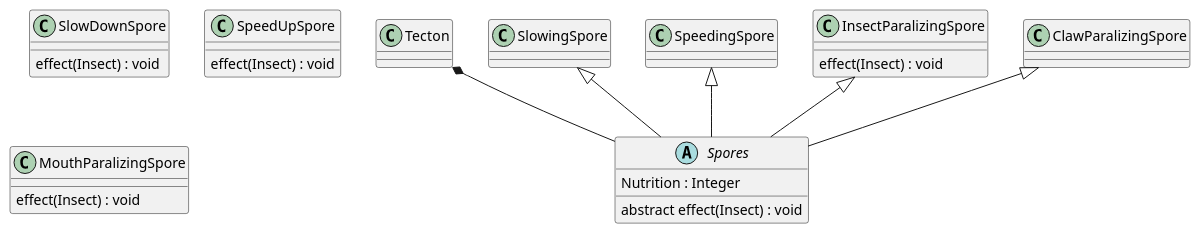
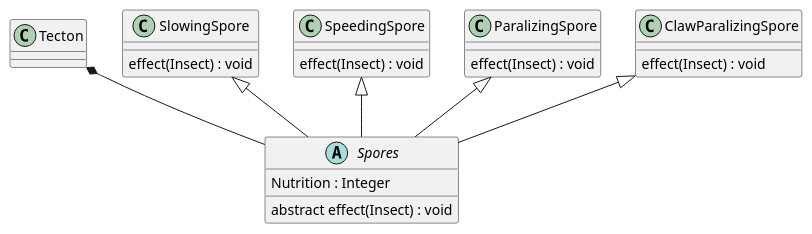
The diagram in 3/classes/spore.puml (Petya-G/fungorium), drawn with PlantUML before and after one commit. The commit also changed 1 other file, not shown here.

```diff
--- a/3/classes/spore.puml
+++ b/3/classes/spore.puml
@@ -1,33 +1,33 @@
 @startuml spore
 
 Tecton *-- Spores
 
 abstract class Spores{
     Nutrition : Integer
     abstract effect(Insect) : void
 }
 
 SlowingSpore <|--Spores
-class SlowDownSpore{
+class SlowingSpore{
     effect(Insect) : void
 
 }
 
 SpeedingSpore <|--Spores
-class SpeedUpSpore{
+class SpeedingSpore{
     effect(Insect) : void
 
 }
 
-InsectParalizingSpore <|--Spores
-class InsectParalizingSpore{
+ParalizingSpore <|--Spores
+class ParalizingSpore{
     effect(Insect) : void
 
 }
 
 ClawParalizingSpore <|--Spores
-class MouthParalizingSpore{
+class ClawParalizingSpore{
     effect(Insect) : void
 
 }
 @enduml	
```
